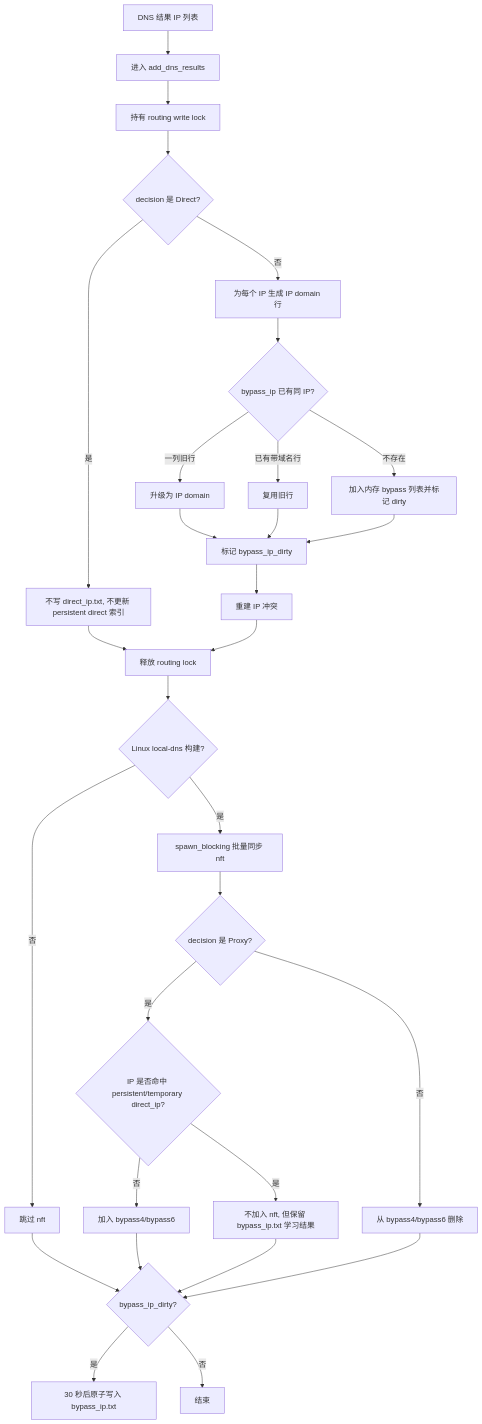
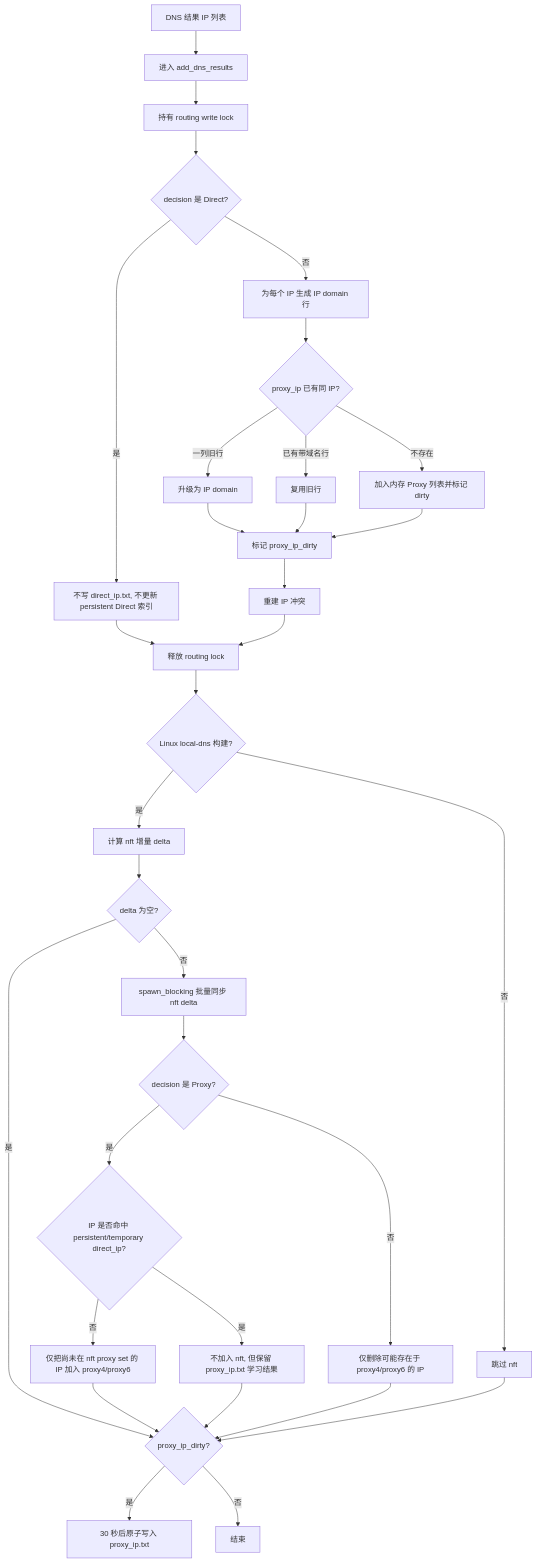
One commit to xiedeacc/shadowsocks-rust changed the fourth of 14 diagrams in routing.md. Above: the diagram before and after it, drawn with Mermaid. The commit also changed other lines of this file and 3 other files, not shown here.

````diff
--- a/routing.md
+++ b/routing.md
@@ -501,32 +440,35 @@
 ```mermaid
 flowchart TD
     A[DNS 结果 IP 列表] --> B[进入 add_dns_results]
     B --> C[持有 routing write lock]
     C --> D{decision 是 Direct?}
-    D -- 是 --> E[不写 direct_ip.txt, 不更新 persistent direct 索引]
+    D -- 是 --> E[不写 direct_ip.txt, 不更新 persistent Direct 索引]
     E --> O[释放 routing lock]
     D -- 否 --> H[为每个 IP 生成 IP domain 行]
-    H --> I{bypass_ip 已有同 IP?}
+    H --> I{proxy_ip 已有同 IP?}
     I -- 一列旧行 --> J[升级为 IP domain]
     I -- 已有带域名行 --> K[复用旧行]
-    I -- 不存在 --> L[加入内存 bypass 列表并标记 dirty]
-    J --> M[标记 bypass_ip_dirty]
+    I -- 不存在 --> L[加入内存 Proxy 列表并标记 dirty]
+    J --> M[标记 proxy_ip_dirty]
     K --> M
     L --> M
     M --> N[重建 IP 冲突]
     N --> O[释放 routing lock]
     O --> P{Linux local-dns 构建?}
-    P -- 是 --> Q[spawn_blocking 批量同步 nft]
+    P -- 是 --> Q[计算 nft 增量 delta]
     P -- 否 --> R[跳过 nft]
-    Q --> S{decision 是 Proxy?}
+    Q --> Q1{delta 为空?}
+    Q1 -- 是 --> X
+    Q1 -- 否 --> Q2[spawn_blocking 批量同步 nft delta]
+    Q2 --> S{decision 是 Proxy?}
     S -- 是 --> T{IP 是否命中 persistent/temporary direct_ip?}
-    T -- 否 --> U[加入 bypass4/bypass6]
-    T -- 是 --> V[不加入 nft, 但保留 bypass_ip.txt 学习结果]
-    S -- 否 --> W[从 bypass4/bypass6 删除]
-    R --> X{bypass_ip_dirty?}
+    T -- 否 --> U[仅把尚未在 nft proxy set 的 IP 加入 proxy4/proxy6]
+    T -- 是 --> V[不加入 nft, 但保留 proxy_ip.txt 学习结果]
+    S -- 否 --> W[仅删除可能存在于 proxy4/proxy6 的 IP]
+    R --> X{proxy_ip_dirty?}
     U --> X
     V --> X
     W --> X
-    X -- 是 --> Y[30 秒后原子写入 bypass_ip.txt]
+    X -- 是 --> Y[30 秒后原子写入 proxy_ip.txt]
     X -- 否 --> Z[结束]
 ```
````
